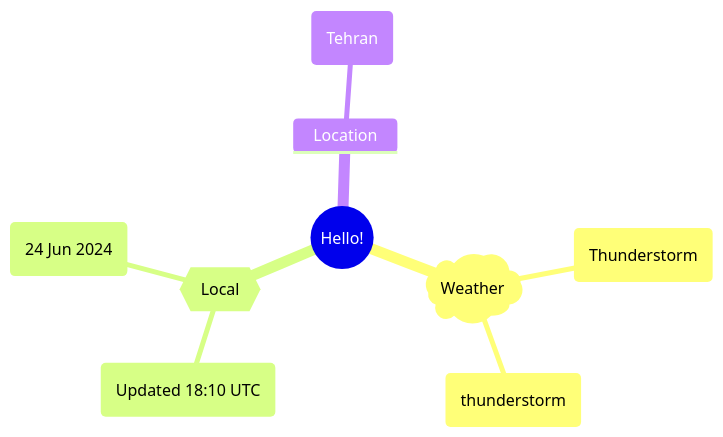
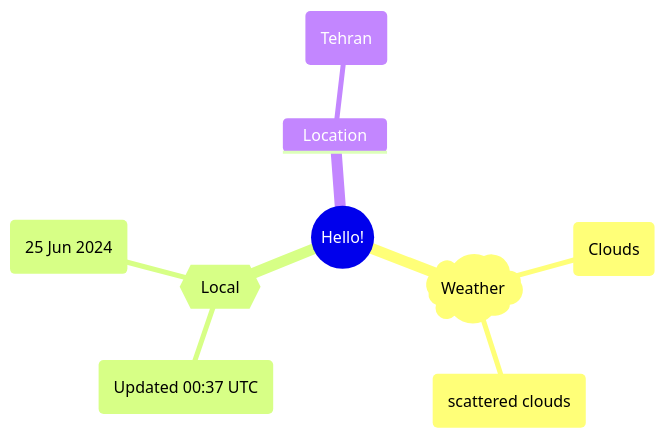
Before and after one commit to Xosrov/Xosrov: the first of 2 diagrams in README.md, drawn with Mermaid.

Commit message:
[bot] updated images

````diff
--- a/README.md
+++ b/README.md
@@ -3,12 +3,12 @@
 ```mermaid
 mindmap
   root((Hello!))
     )Weather(
-        (Thunderstorm)
-        (thunderstorm)
+        (Clouds)
+        (scattered clouds)
     {{Local}}
-        (Updated 18:10 UTC)
-        (24 Jun 2024)
+        (Updated 00:37 UTC)
+        (25 Jun 2024)
     Location
         (Tehran)
 ```
````
